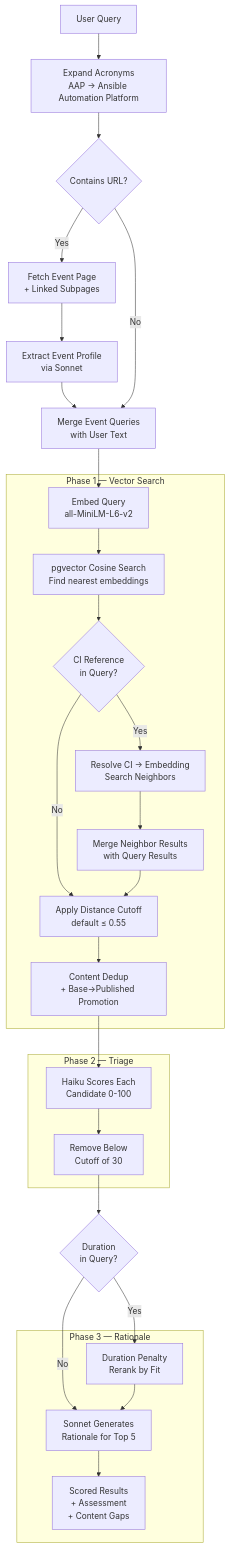
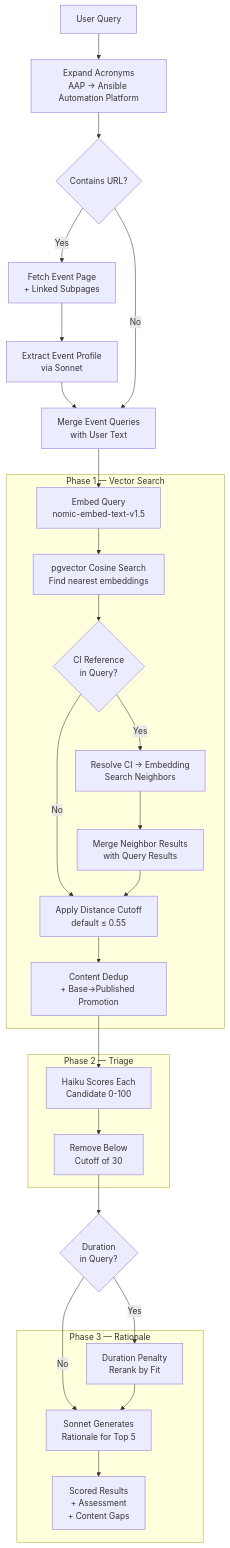
Before and after one commit to rhpds/rcars: the diagram in docs/architecture/recommendation-engine.md, drawn with Mermaid. The commit also changed other lines of this file and 14 other files, not shown here.

````diff
--- a/docs/architecture/recommendation-engine.md
+++ b/docs/architecture/recommendation-engine.md
@@ -12,34 +12,34 @@
 ```mermaid
 flowchart TD
     Q[User Query] --> Acronym[Expand Acronyms<br/>AAP → Ansible Automation Platform]
     Acronym --> URLCheck{Contains URL?}
     URLCheck -->|Yes| Fetch[Fetch Event Page<br/>+ Linked Subpages]
     Fetch --> Extract[Extract Event Profile<br/>via Sonnet]
     Extract --> Merge[Merge Event Queries<br/>with User Text]
     URLCheck -->|No| Merge
-    Merge --> Embed[Embed Query<br/>all-MiniLM-L6-v2]
+    Merge --> Embed[Embed Query<br/>nomic-embed-text-v1.5]
 
     subgraph "Phase 1 — Vector Search"
         Embed --> PGV[pgvector Cosine Search<br/>Find nearest embeddings]
         PGV --> CIRef{CI Reference<br/>in Query?}
         CIRef -->|Yes| Resolve[Resolve CI → Embedding<br/>Search Neighbors]
         CIRef -->|No| Cutoff
         Resolve --> MergeResults[Merge Neighbor Results<br/>with Query Results]
         MergeResults --> Cutoff[Apply Distance Cutoff<br/>default ≤ 0.55]
         Cutoff --> Dedup[Content Dedup<br/>+ Base→Published Promotion]
     end
 
     subgraph "Phase 2 — Triage"
         Dedup --> Haiku[Haiku Scores Each<br/>Candidate 0-100]
         Haiku --> Filter[Remove Below<br/>Cutoff of 30]
     end
 
     Filter --> DurCheck{Duration<br/>in Query?}
     DurCheck -->|Yes| Rerank[Duration Penalty<br/>Rerank by Fit]
     DurCheck -->|No| P3
 
     subgraph "Phase 3 — Rationale"
         Rerank --> P3[Sonnet Generates<br/>Rationale for Top 5]
         P3 --> Results[Scored Results<br/>+ Assessment<br/>+ Content Gaps]
     end
 ```
````
